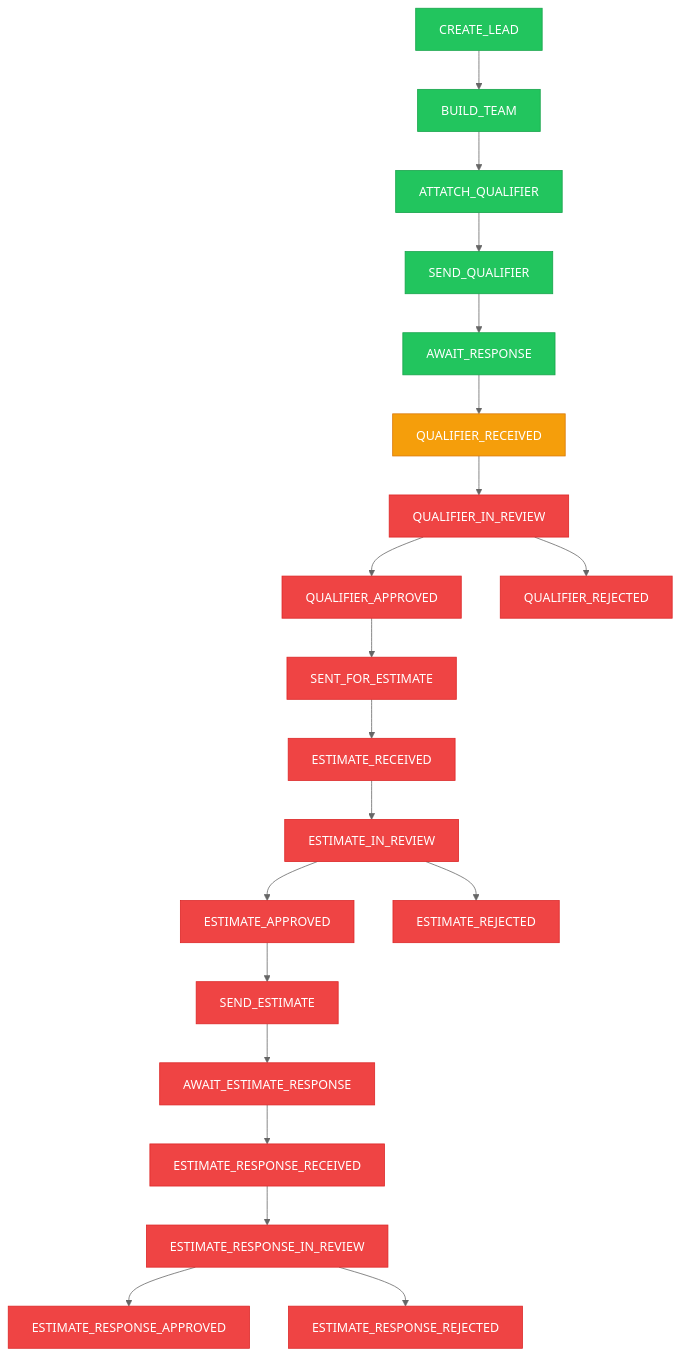
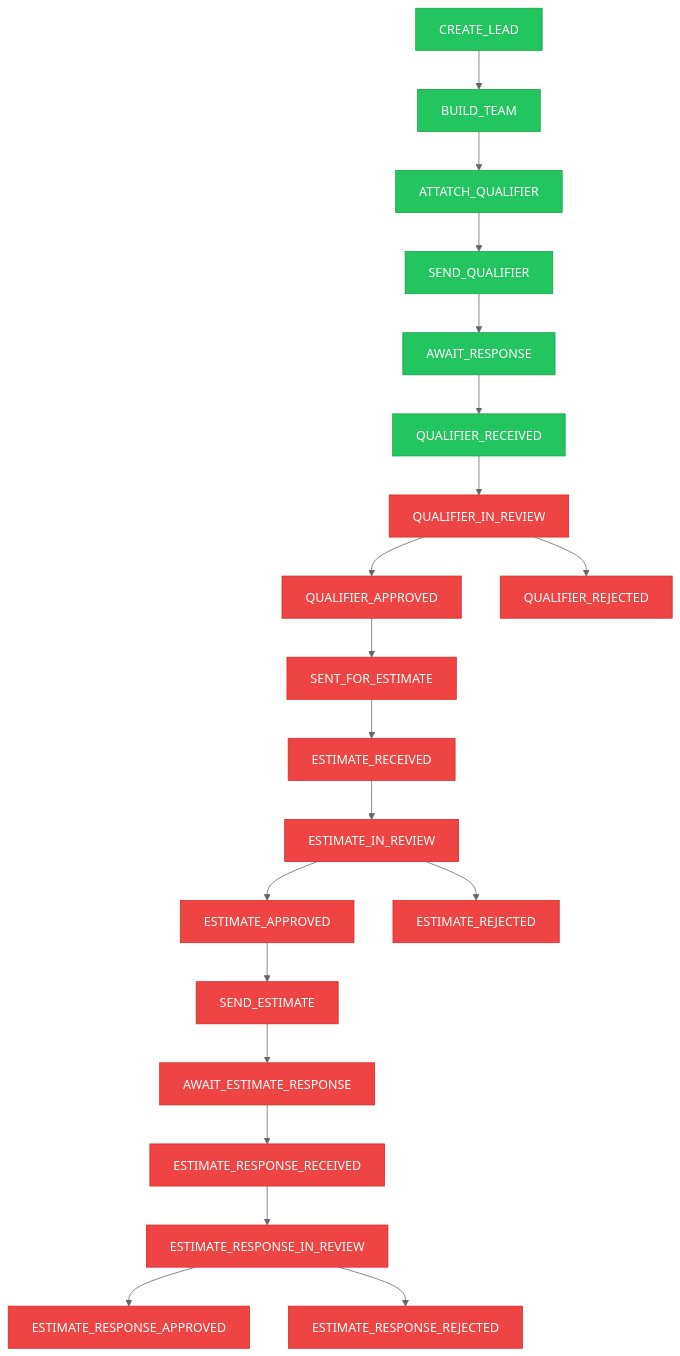
Before and after one commit to johnswaroop/xylor-estimator-convex: the diagram in docs/statusUpdateTracker.md, drawn with Mermaid (neutral theme). The commit also changed other lines of this file and 5 other files, not shown here.

````diff
--- a/docs/statusUpdateTracker.md
+++ b/docs/statusUpdateTracker.md
@@ -5,32 +5,31 @@
 ```mermaid
 flowchart TD
     A["CREATE_LEAD"] --> B["BUILD_TEAM"]
     B --> C["ATTATCH_QUALIFIER"]
     C --> D["SEND_QUALIFIER"]
     D --> E["AWAIT_RESPONSE"]
     E --> F["QUALIFIER_RECEIVED"]
     F --> G["QUALIFIER_IN_REVIEW"]
     G --> H["QUALIFIER_APPROVED"]
     G --> I["QUALIFIER_REJECTED"]
     H --> J["SENT_FOR_ESTIMATE"]
     J --> K["ESTIMATE_RECEIVED"]
     K --> L["ESTIMATE_IN_REVIEW"]
     L --> M["ESTIMATE_APPROVED"]
     L --> N["ESTIMATE_REJECTED"]
     M --> O["SEND_ESTIMATE"]
     O --> P["AWAIT_ESTIMATE_RESPONSE"]
     P --> Q["ESTIMATE_RESPONSE_RECEIVED"]
     Q --> R["ESTIMATE_RESPONSE_IN_REVIEW"]
     R --> S["ESTIMATE_RESPONSE_APPROVED"]
     R --> T["ESTIMATE_RESPONSE_REJECTED"]
 
     %% Color coding
     classDef implemented fill:#22c55e,stroke:#16a34a,color:#fff
     classDef missing fill:#ef4444,stroke:#dc2626,color:#fff
-    classDef critical fill:#f59e0b,stroke:#d97706,color:#fff
+    classDef frontend fill:#3b82f6,stroke:#2563eb,color:#fff
 
     %% Apply styles
-    class A,B,C,D,E implemented
-    class F critical
+    class A,B,C,D,E,F implemented
     class G,H,I,J,K,L,M,N,O,P,Q,R,S,T missing
 ```
````
